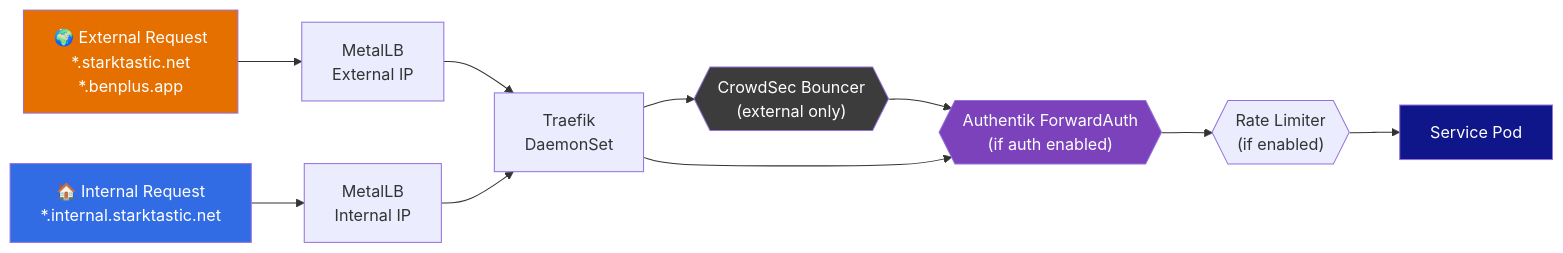
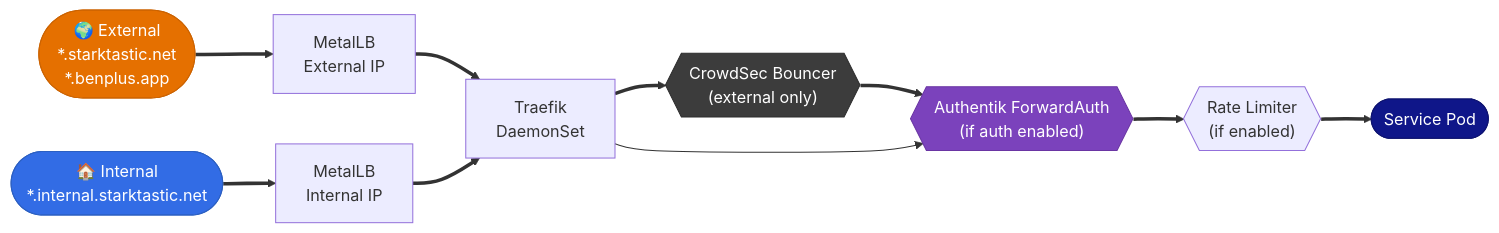
One commit to Starktastic-Homelab/apps changed the third of 5 diagrams in README.md. Above: the diagram before and after it, drawn with Mermaid. The commit also changed other lines of this file, not shown here.

Commit message:
docs: prettify Mermaid diagrams with semantic shapes and visual hierarchy

````diff
--- a/README.md
+++ b/README.md
@@ -185,23 +194,28 @@
 ```mermaid
 flowchart LR
-    EXT["🌍 External Request\n*.starktastic.net\n*.benplus.app"]
-    INT["🏠 Internal Request\n*.internal.starktastic.net"]
+    EXT(["🌍 External\n*.starktastic.net\n*.benplus.app"])
+    INT(["🏠 Internal\n*.internal.starktastic.net"])
 
-    EXT --> LB_EXT["MetalLB\nExternal IP"]
-    INT --> LB_INT["MetalLB\nInternal IP"]
+    EXT ==> LB_EXT["MetalLB\nExternal IP"]
+    INT ==> LB_INT["MetalLB\nInternal IP"]
 
-    LB_EXT --> TFK["Traefik\nDaemonSet"]
-    LB_INT --> TFK
+    LB_EXT ==> TFK["Traefik\nDaemonSet"]
+    LB_INT ==> TFK
 
-    TFK --> CS{{"CrowdSec Bouncer\n(external only)"}}
-    CS --> AUTH{{"Authentik ForwardAuth\n(if auth enabled)"}}
+    TFK ==> CS{{"CrowdSec Bouncer\n(external only)"}}
+    CS ==> AUTH{{"Authentik ForwardAuth\n(if auth enabled)"}}
     TFK --> AUTH
-    AUTH --> RL{{"Rate Limiter\n(if enabled)"}}
-    RL --> SVC["Service Pod"]
+    AUTH ==> RL{{"Rate Limiter\n(if enabled)"}}
+    RL ==> SVC(["Service Pod"])
 
-    style EXT fill:#E57000,color:#fff
-    style INT fill:#326CE5,color:#fff
-    style CS fill:#3C3C3C,color:#fff
-    style AUTH fill:#7B42BC,color:#fff
-    style SVC fill:#0F1689,color:#fff
+    classDef external fill:#E57000,stroke:#CC6300,color:#fff
+    classDef internal fill:#326CE5,stroke:#2B5FC2,color:#fff
+    classDef gate fill:#3C3C3C,stroke:#2D2D2D,color:#fff
+    classDef auth fill:#7B42BC,stroke:#6A35A3,color:#fff
+    classDef svc fill:#0F1689,stroke:#0D1270,color:#fff
+    class EXT external
+    class INT internal
+    class CS gate
+    class AUTH auth
+    class SVC svc
 ```
````
